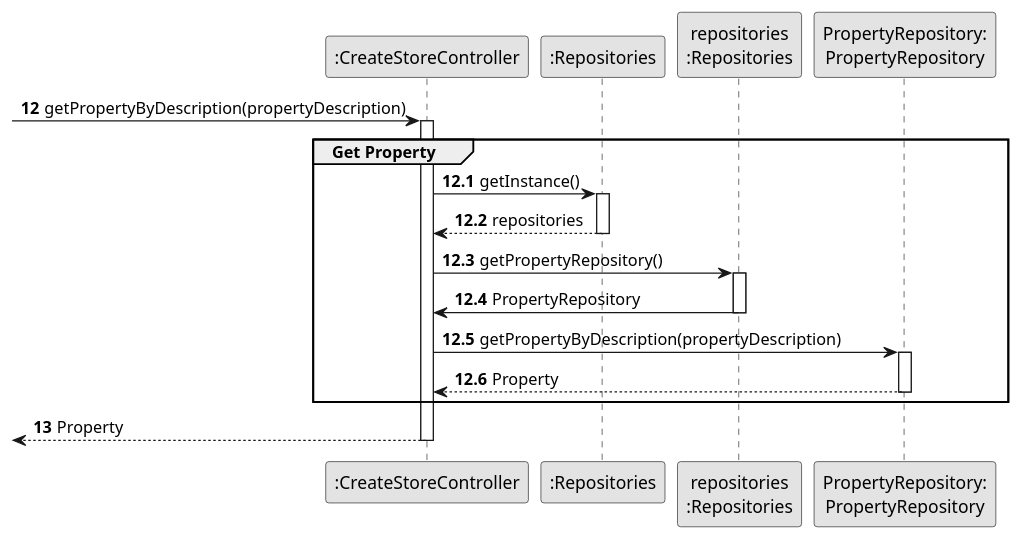
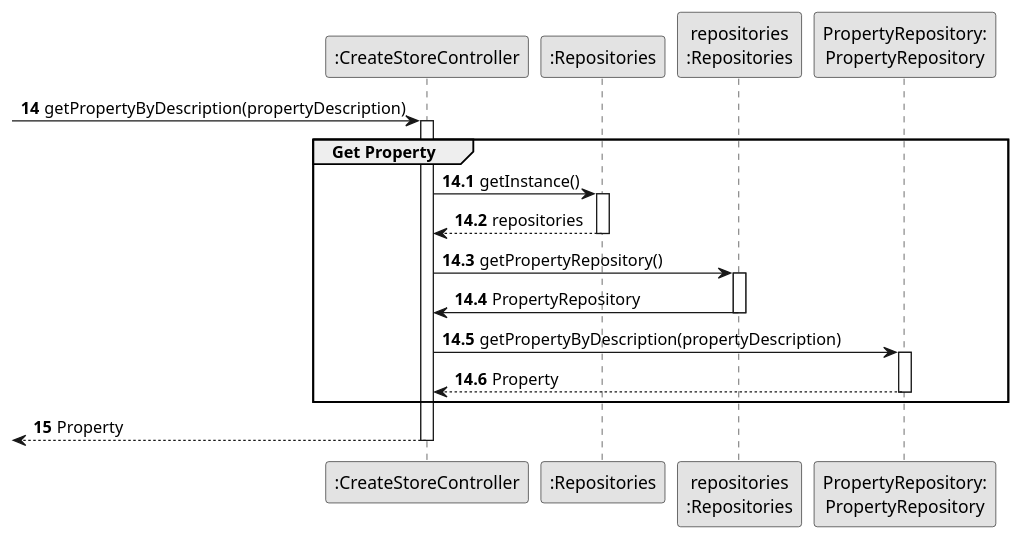
Before and after one commit to hugosilva2901/lei-22-s2-1DO-g68: the diagram in lei-22-s2-1do-g68/docs/SprintB/us004/03.design/puml/us004-sequence-diagram-partial-get-property.puml, drawn with PlantUML. The commit also changed 18 other files, not shown here.

```diff
--- a/lei-22-s2-1do-g68/docs/SprintB/us004/03.design/puml/us004-sequence-diagram-partial-get-property.puml
+++ b/lei-22-s2-1do-g68/docs/SprintB/us004/03.design/puml/us004-sequence-diagram-partial-get-property.puml
@@ -1,44 +1,44 @@
 @startuml
 skinparam monochrome true
 skinparam packageStyle rectangle
 skinparam shadowing false
 
 participant ":CreateStoreController" as CTRL
 participant ":Repositories" as RepositorySingleton
 participant "repositories\n:Repositories" as PLAT
 participant "PropertyRepository:\nPropertyRepository" as PropertyRepository
 
-autonumber 12
+autonumber 14
 -> CTRL : getPropertyByDescription(propertyDescription)
 
-autonumber 12.1
+autonumber 14.1
 
 activate CTRL
     group Get Property
         CTRL -> RepositorySingleton : getInstance()
         activate RepositorySingleton
 
             RepositorySingleton --> CTRL: repositories
         deactivate RepositorySingleton
 
         CTRL -> PLAT : getPropertyRepository()
         activate PLAT
 
             PLAT -> CTRL : PropertyRepository
         deactivate PLAT
 
         CTRL -> PropertyRepository : getPropertyByDescription(propertyDescription)
         activate PropertyRepository
 
             PropertyRepository --> CTRL : Property
         deactivate PropertyRepository
 
     end group
 
-    autonumber 13
+    autonumber 15
     <-- CTRL : Property
 
 deactivate CTRL
 
 
 @enduml
```
